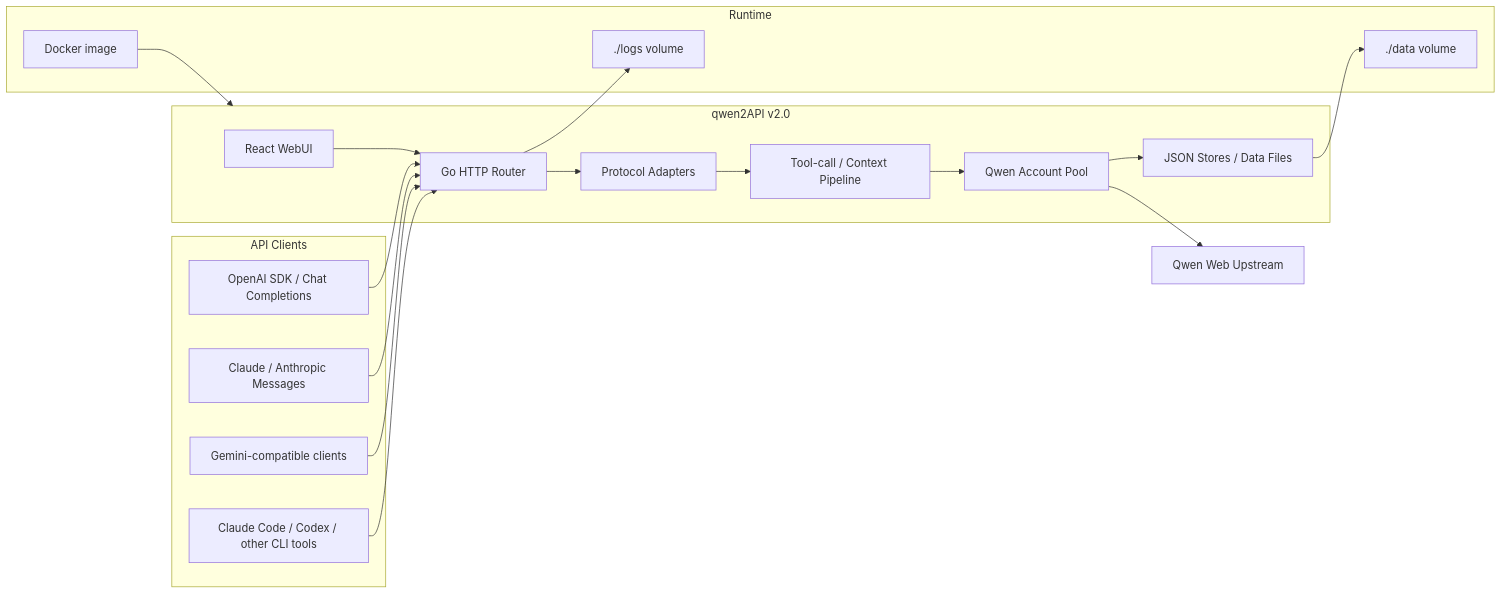
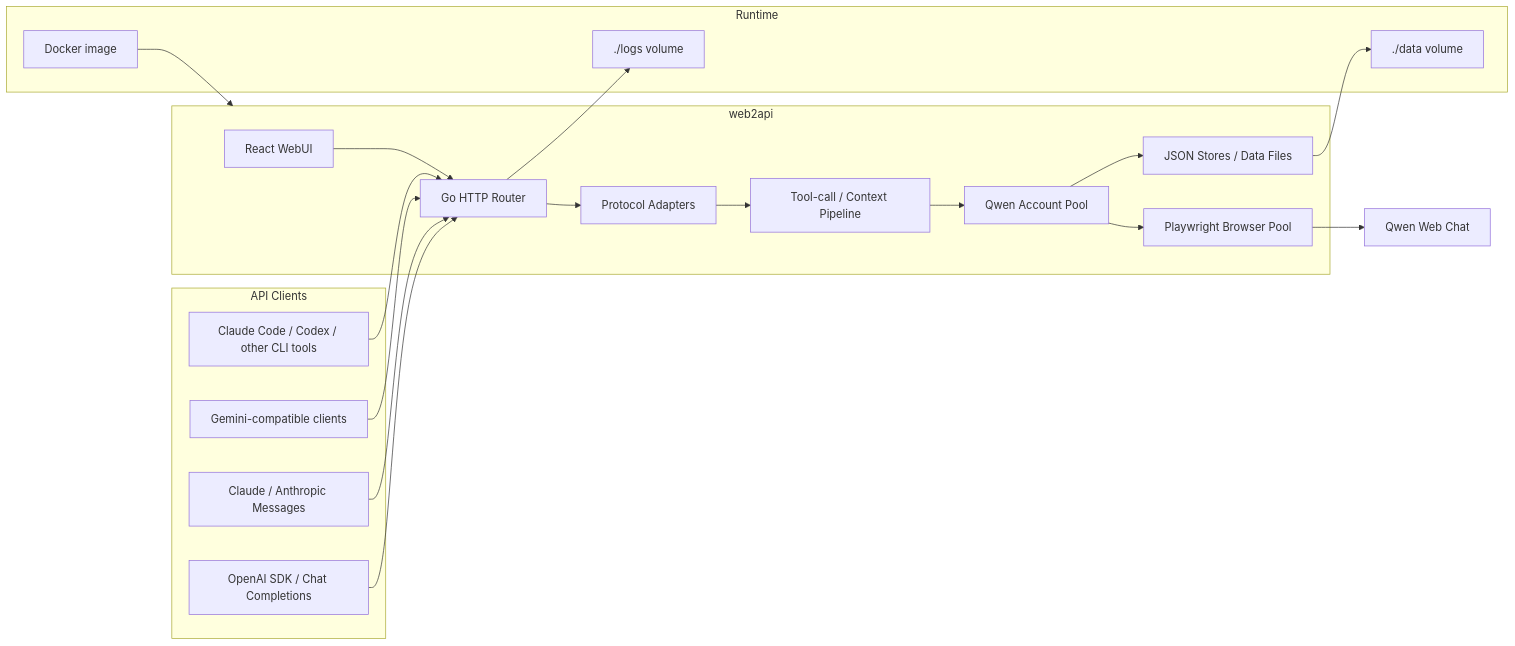
One commit to welcomemonth/web2api changed the diagram in README.md. Above: the diagram before and after it, drawn with Mermaid. The commit also changed other lines of this file and 1 other file, not shown here.

````diff
--- a/README.md
+++ b/README.md
@@ -140,40 +141,42 @@
 ```mermaid
 flowchart LR
   subgraph Clients["API Clients"]
     OpenAI["OpenAI SDK / Chat Completions"]
     Anthropic["Claude / Anthropic Messages"]
     Gemini["Gemini-compatible clients"]
     CLI["Claude Code / Codex / other CLI tools"]
   end
 
-  subgraph App["qwen2API v2.0"]
+  subgraph App["web2api"]
     WebUI["React WebUI"]
     Router["Go HTTP Router"]
     Adapter["Protocol Adapters"]
     Tools["Tool-call / Context Pipeline"]
     Pool["Qwen Account Pool"]
+    Browser["Playwright Browser Pool"]
     Store["JSON Stores / Data Files"]
   end
 
   subgraph Runtime["Runtime"]
     Docker["Docker image"]
     Data["./data volume"]
     Logs["./logs volume"]
   end
 
-  Qwen["Qwen Web Upstream"]
+  Qwen["Qwen Web Chat"]
 
   OpenAI --> Router
   Anthropic --> Router
   Gemini --> Router
   CLI --> Router
   WebUI --> Router
   Router --> Adapter
   Adapter --> Tools
   Tools --> Pool
-  Pool --> Qwen
+  Pool --> Browser
+  Browser --> Qwen
   Pool --> Store
   Store --> Data
   Router --> Logs
   Docker --> App
 ```
````
